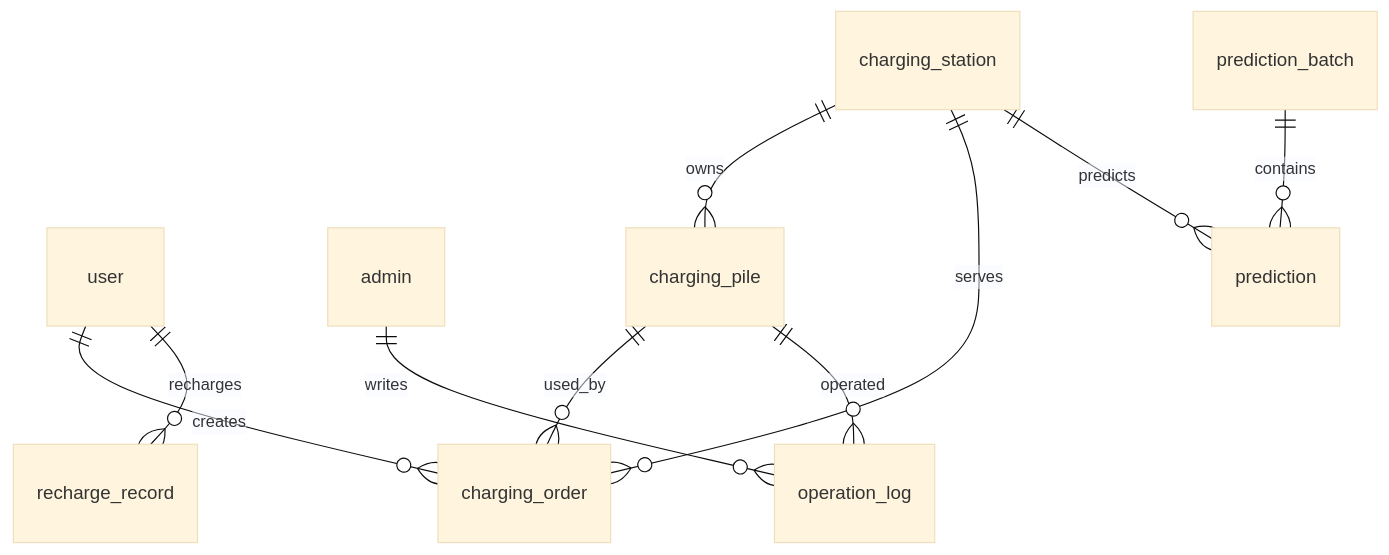
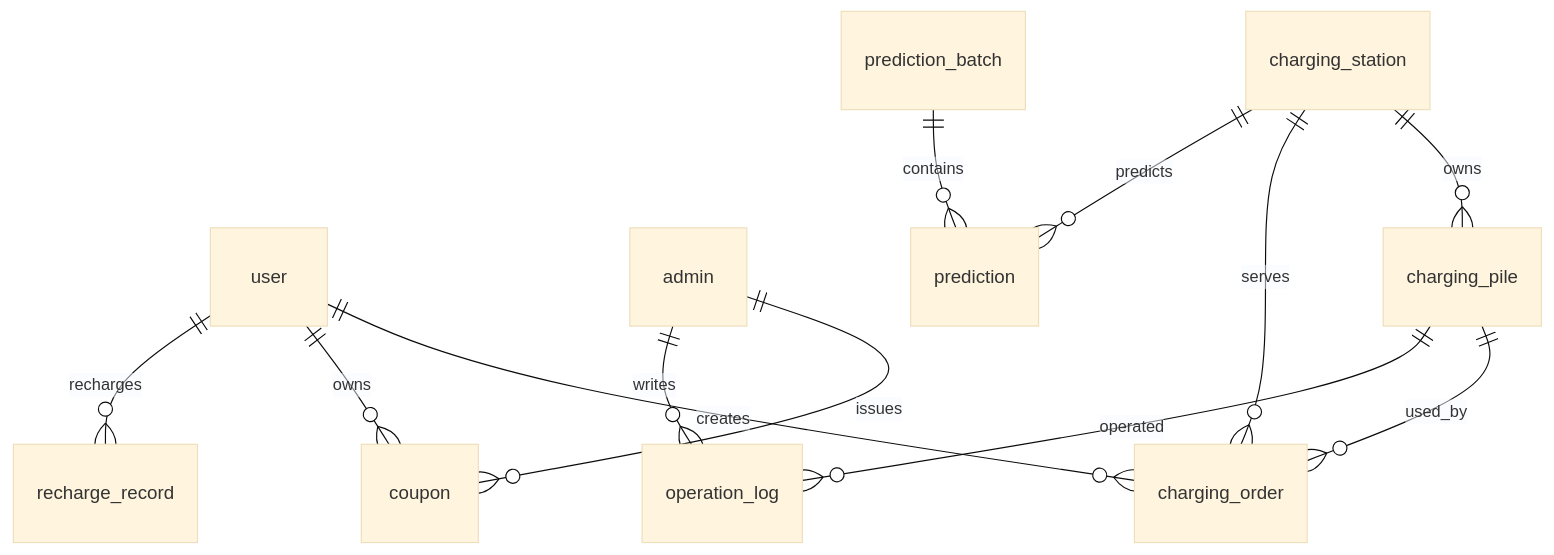
The diagram in docs/04-DATABASE.md (chian828806-source/evcharge-platform-bitcs24), drawn with Mermaid (base theme) before and after one commit. The commit also changed other lines of this file and 29 other files, not shown here.

Commit message:
Add user coupon workflow

````diff
--- a/docs/04-DATABASE.md
+++ b/docs/04-DATABASE.md
@@ -140,12 +140,14 @@
 ```mermaid
 erDiagram
     user ||--o{ charging_order : creates
+    user ||--o{ coupon : owns
+    admin ||--o{ coupon : issues
     user ||--o{ recharge_record : recharges
     admin ||--o{ operation_log : writes
     charging_station ||--o{ charging_pile : owns
     charging_station ||--o{ charging_order : serves
     charging_station ||--o{ prediction : predicts
     prediction_batch ||--o{ prediction : contains
     charging_pile ||--o{ charging_order : used_by
     charging_pile ||--o{ operation_log : operated
 ```
````
